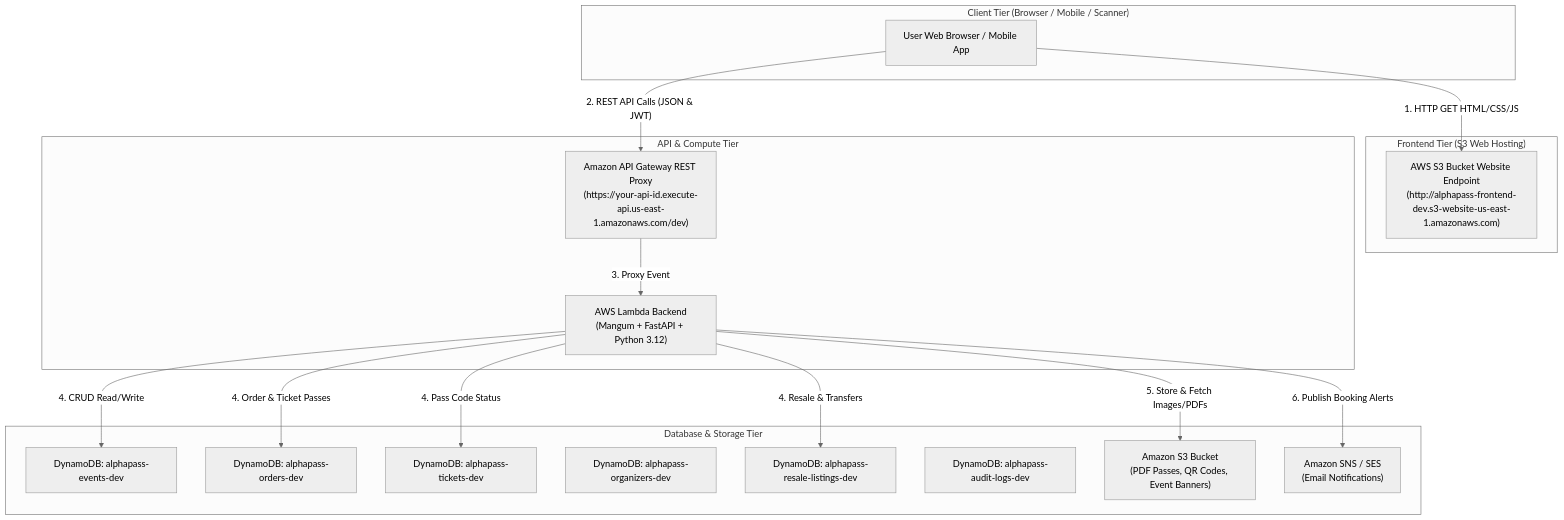
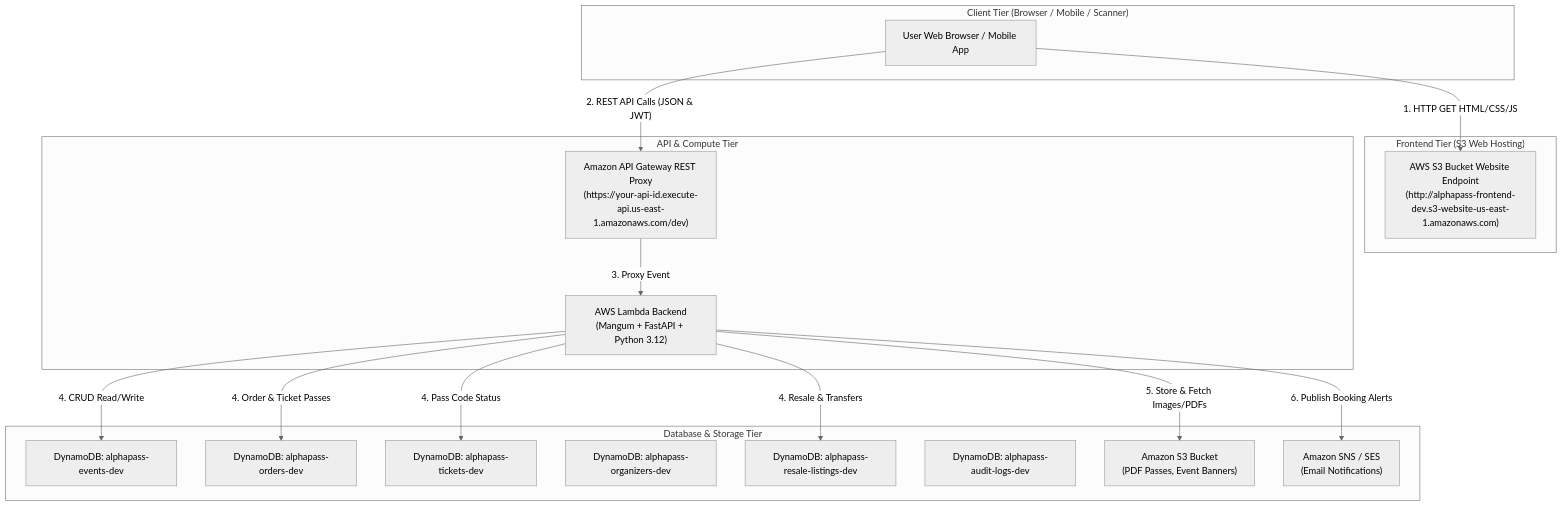
The diagram in docs/integration.md (Azubi-Team-Alpha/event-ticketing--alphapass), drawn with Mermaid (neutral theme) before and after one commit. The commit also changed other lines of this file and 4 other files, not shown here.

Commit message:
docs: update API endpoints, event schema, and organizer dashboard workflows

````diff
--- a/docs/integration.md
+++ b/docs/integration.md
@@ -9,36 +9,36 @@
 ```mermaid
 flowchart TD
     subgraph ClientLayer ["Client Tier (Browser / Mobile / Scanner)"]
         UserBrowser["User Web Browser / Mobile App"]
     end
 
     subgraph AWS_Static ["Frontend Tier (S3 Web Hosting)"]
         S3_Web["AWS S3 Bucket Website Endpoint<br>(http://alphapass-frontend-dev.s3-website-us-east-1.amazonaws.com)"]
     end
 
     subgraph AWS_API ["API & Compute Tier"]
         APIGW["Amazon API Gateway REST Proxy<br>(https://your-api-id.execute-api.us-east-1.amazonaws.com/dev)"]
         Lambda["AWS Lambda Backend<br>(Mangum + FastAPI + Python 3.12)"]
     end
 
     subgraph AWS_Data ["Database & Storage Tier"]
         DDB_Events["DynamoDB: alphapass-events-dev"]
         DDB_Orders["DynamoDB: alphapass-orders-dev"]
         DDB_Tickets["DynamoDB: alphapass-tickets-dev"]
         DDB_Users["DynamoDB: alphapass-organizers-dev"]
         DDB_Resale["DynamoDB: alphapass-resale-listings-dev"]
         DDB_Logs["DynamoDB: alphapass-audit-logs-dev"]
-        S3_Assets["Amazon S3 Bucket<br>(PDF Passes, QR Codes, Event Banners)"]
+        S3_Assets["Amazon S3 Bucket<br>(PDF Passes, Event Banners)"]
         SNS["Amazon SNS / SES<br>(Email Notifications)"]
     end
 
     UserBrowser -->|"1. HTTP GET HTML/CSS/JS"| S3_Web
     UserBrowser -->|"2. REST API Calls (JSON & JWT)"| APIGW
     APIGW -->|"3. Proxy Event"| Lambda
     Lambda -->|"4. CRUD Read/Write"| DDB_Events
     Lambda -->|"4. Order & Ticket Passes"| DDB_Orders
     Lambda -->|"4. Pass Code Status"| DDB_Tickets
     Lambda -->|"4. Resale & Transfers"| DDB_Resale
     Lambda -->|"5. Store & Fetch Images/PDFs"| S3_Assets
     Lambda -->|"6. Publish Booking Alerts"| SNS
 ```
````
